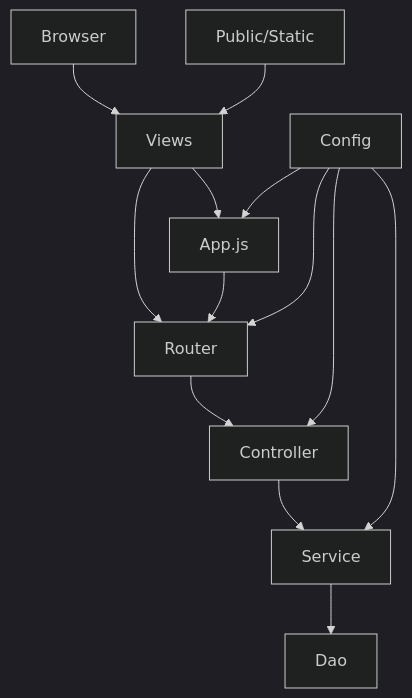
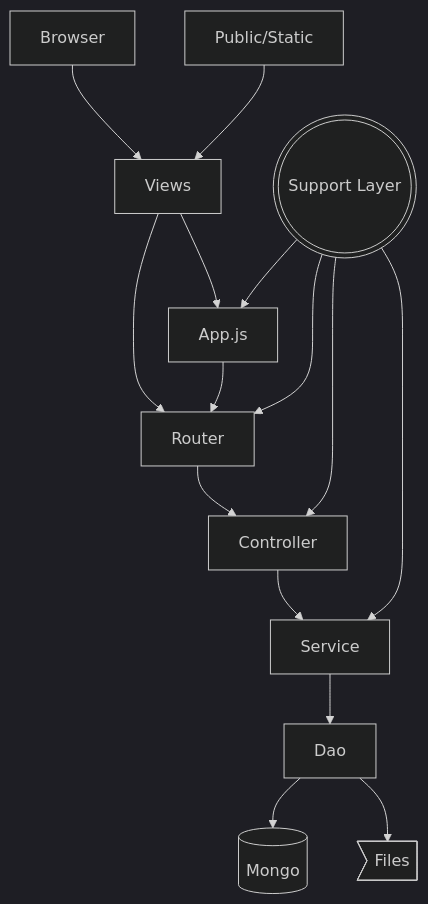
One commit to sebastiap/CoderBackend changed the diagram in README.md. Above: the diagram before and after it, drawn with Mermaid (dark theme). The commit also changed 8 other files, not shown here.

````diff
--- a/README.md
+++ b/README.md
@@ -57,18 +57,19 @@
 ```mermaid
 graph TD;
 
-    Browser-->Views;
+    Browser-->Views
     Views-->App.js;
     Views-->Router;
     Public/Static-->Views;
     App.js-->Router;
     Router-->Controller;
     Controller-->Service;
-    Config-->App.js;
+    Config(((Support Layer)))-->App.js;
     Config-->Controller;
     Config-->Service;
     Config-->Router;
     Service-->Dao;
-    
+    Dao-->Mongo[(Mongo)];
+    Dao-->Files>Files];
     
 ```
````
